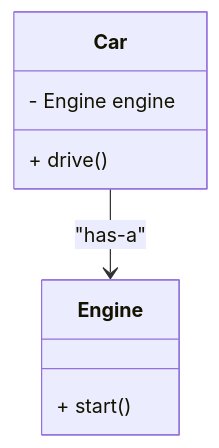
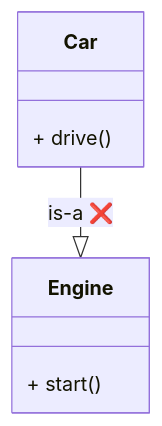
One commit to hrhouma1/Programmation-objet-2 changed the fifth of 19 diagrams in 06-PARTIE4-JAVA/01-Java – Modélisation Objet et Principes SOLID.md. Above: the diagram before and after it, drawn with Mermaid. The commit also changed other lines of this file, not shown here.

````diff
--- a/06-PARTIE4-JAVA/01-Java – Modélisation Objet et Principes SOLID.md
+++ b/06-PARTIE4-JAVA/01-Java – Modélisation Objet et Principes SOLID.md
@@ -178,11 +365,10 @@
 ```mermaid
 classDiagram
     class Engine {
         + start()
     }
     class Car {
-        - Engine engine
         + drive()
     }
-    Car --> Engine : "has-a"
+    Car --|> Engine : is-a ❌
 ```
````
